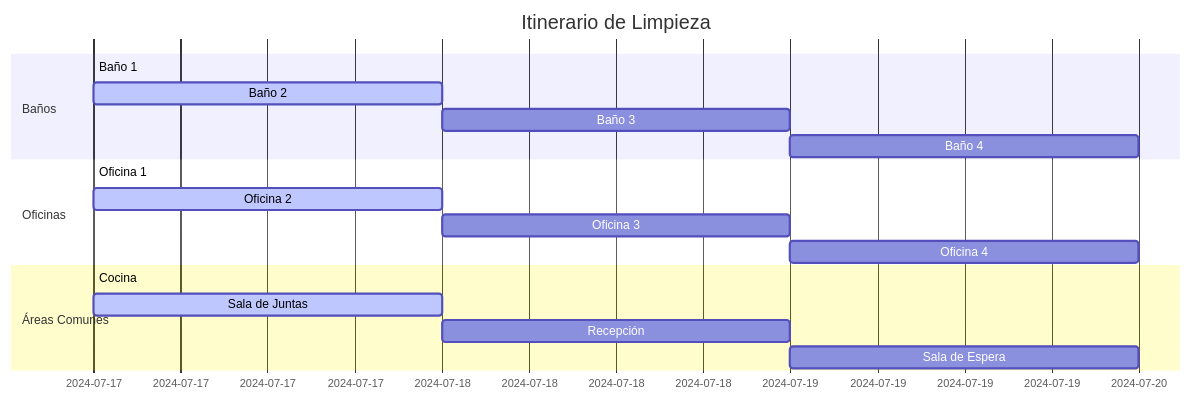
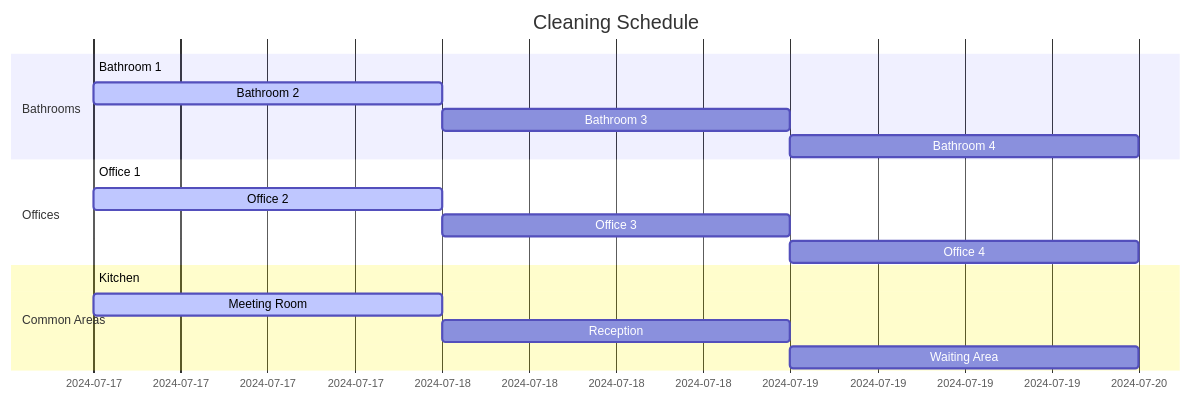
One commit to despiau/mermaid changed the first of 10 diagrams in README.md. Above: the diagram before and after it, drawn with Mermaid. The commit also changed other lines of this file, not shown here.

````diff
--- a/README.md
+++ b/README.md
@@ -4,20 +4,20 @@
 ```mermaid
 gantt
-    title Itinerario de Limpieza
+    title Cleaning Schedule
     dateFormat  YYYY-MM-DD
-    section Baños
-    Baño 1       :done,    des1, 2024-07-17,2024-07-17
-    Baño 2       :active,  des2, 2024-07-17, 2024-07-18
-    Baño 3       :         des3, 2024-07-18, 2024-07-19
-    Baño 4       :         des4, 2024-07-19, 2024-07-20
-    section Oficinas
-    Oficina 1    :done,    des5, 2024-07-17, 2024-07-17
-    Oficina 2    :active,  des6, 2024-07-17, 2024-07-18
-    Oficina 3    :         des7, 2024-07-18, 2024-07-19
-    Oficina 4    :         des8, 2024-07-19, 2024-07-20
-    section Áreas Comunes
-    Cocina       :done,    des9, 2024-07-17, 2024-07-17
-    Sala de Juntas:active, des10, 2024-07-17, 2024-07-18
-    Recepción    :         des11, 2024-07-18, 2024-07-19
-    Sala de Espera:        des12, 2024-07-19, 2024-07-20
+    section Bathrooms
+    Bathroom 1       :done,    des1, 2024-07-17,2024-07-17
+    Bathroom 2       :active,  des2, 2024-07-17, 2024-07-18
+    Bathroom 3       :         des3, 2024-07-18, 2024-07-19
+    Bathroom 4       :         des4, 2024-07-19, 2024-07-20
+    section Offices
+    Office 1    :done,    des5, 2024-07-17, 2024-07-17
+    Office 2    :active,  des6, 2024-07-17, 2024-07-18
+    Office 3    :         des7, 2024-07-18, 2024-07-19
+    Office 4    :         des8, 2024-07-19, 2024-07-20
+    section Common Areas
+    Kitchen       :done,    des9, 2024-07-17, 2024-07-17
+    Meeting Room  :active, des10, 2024-07-17, 2024-07-18
+    Reception     :         des11, 2024-07-18, 2024-07-19
+    Waiting Area  :         des12, 2024-07-19, 2024-07-20
 ```
````
